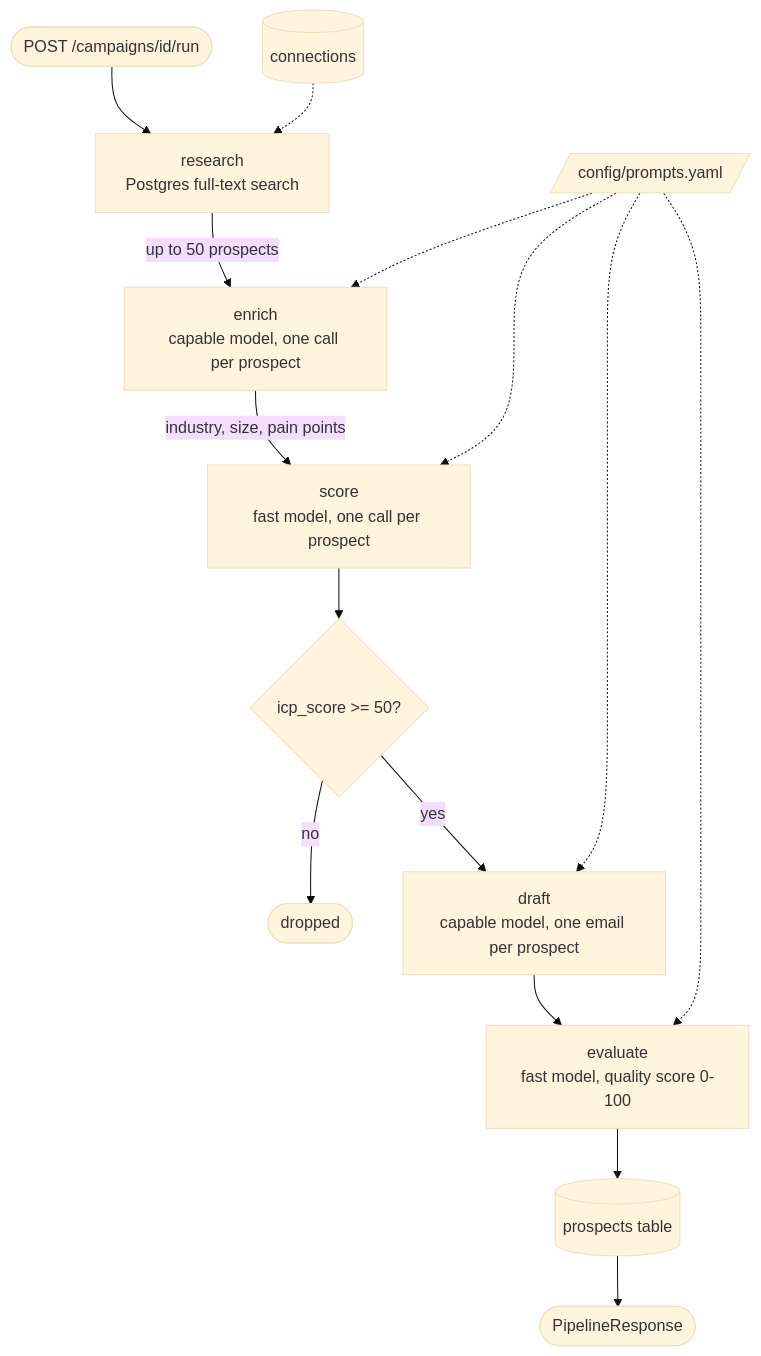
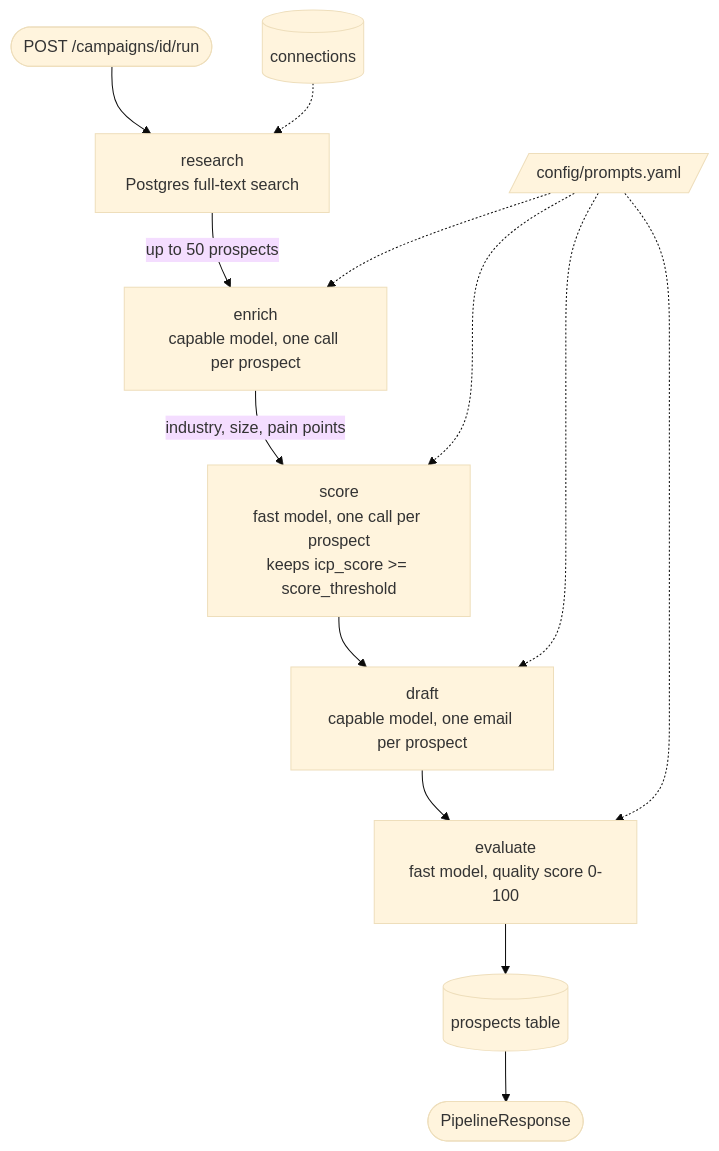
One commit to base-14/examples changed the diagram in python/ai-sales-intelligence/README.md. Above: the diagram before and after it, drawn with Mermaid (base theme). The commit also changed other lines of this file and 2 other files, not shown here.

````diff
--- a/python/ai-sales-intelligence/README.md
+++ b/python/ai-sales-intelligence/README.md
@@ -97,15 +53,13 @@
 ```mermaid
 flowchart TD
     req([POST /campaigns/id/run]) --> research
     research["research<br/>Postgres full-text search"] -->|up to 50 prospects| enrich
     enrich["enrich<br/>capable model, one call per prospect"] -->|industry, size, pain points| score
-    score["score<br/>fast model, one call per prospect"] --> threshold{icp_score >= 50?}
-    threshold -->|no| dropped([dropped])
-    threshold -->|yes| draft
+    score["score<br/>fast model, one call per prospect<br/>keeps icp_score >= score_threshold"] --> draft
     draft["draft<br/>capable model, one email per prospect"] --> evaluate
     evaluate["evaluate<br/>fast model, quality score 0-100"] --> save[(prospects table)]
     save --> resp([PipelineResponse])
 
     db[(connections)] -.-> research
     prompts[/config/prompts.yaml/] -.-> enrich & score & draft & evaluate
 ```
````
